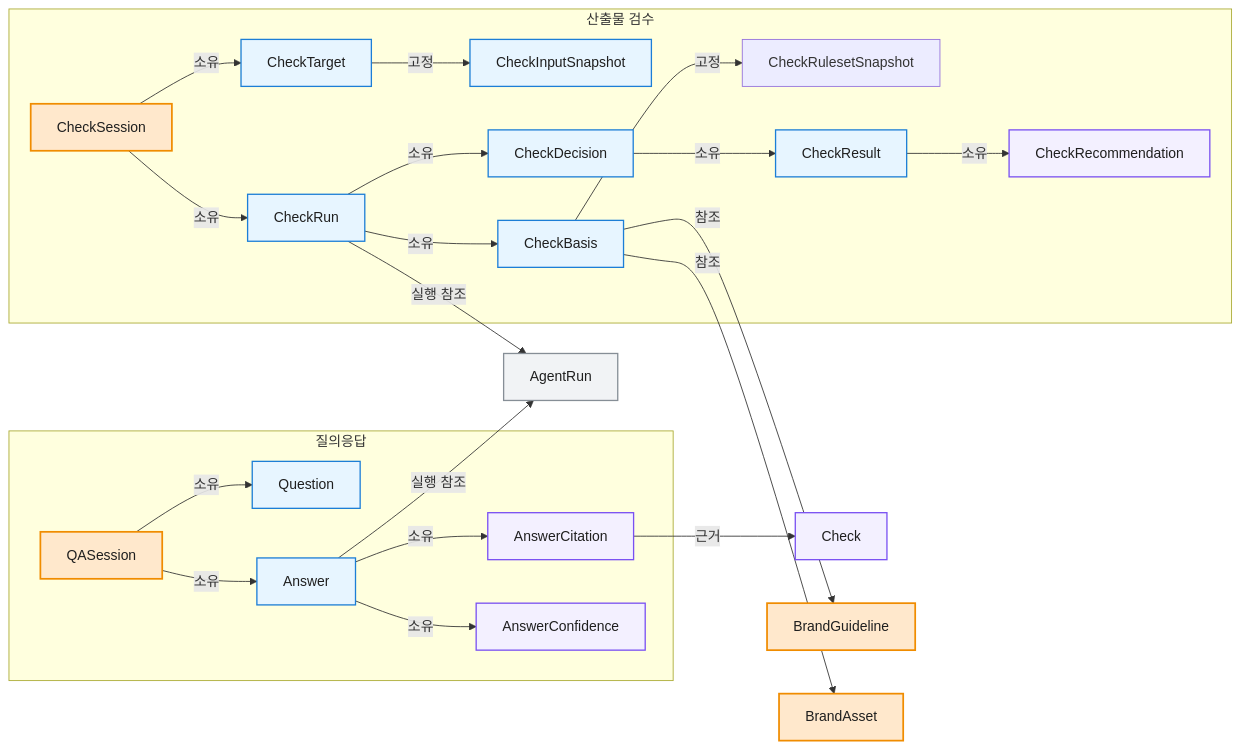
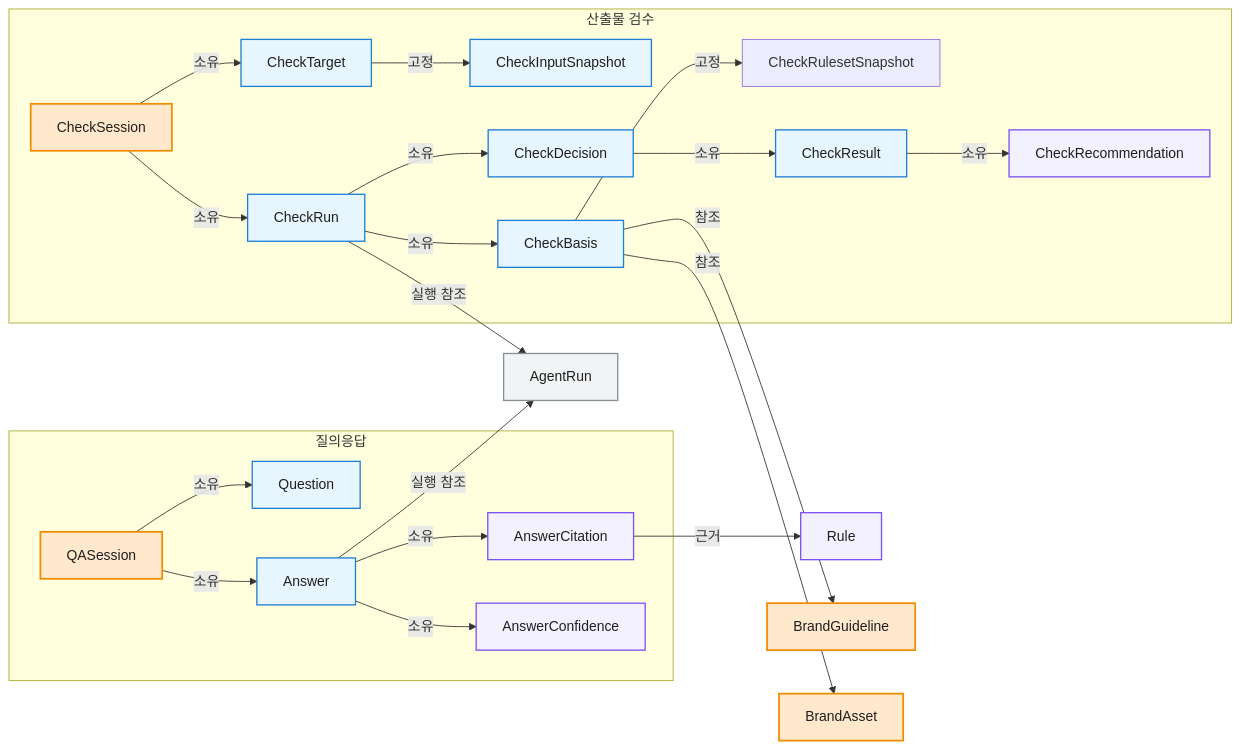
The fifth of 5 diagrams in docs/04-domain-model.md (ewoooo/living-brand-system), drawn with Mermaid before and after one commit. The commit also changed other lines of this file and 2 other files, not shown here.

First line of the commit message:
docs: Check 소유 모델을 Rule 참조 모델로 갱신

````diff
--- a/docs/04-domain-model.md
+++ b/docs/04-domain-model.md
@@ -409,57 +409,57 @@
 ```mermaid
 flowchart LR
-  GuidelineCheck["Check"]
+  GuidelineCheck["Rule"]
 
   subgraph QA["질의응답"]
     QASession["QASession"]
     Question["Question"]
     Answer["Answer"]
     AnswerCitation["AnswerCitation"]
     AnswerConfidence["AnswerConfidence"]
   end
 
   subgraph Check["산출물 검수"]
     CheckSession["CheckSession"]
     CheckTarget["CheckTarget"]
     CheckInputSnapshot["CheckInputSnapshot"]
     CheckRun["CheckRun"]
     CheckBasis["CheckBasis"]
     CheckRulesetSnapshot["CheckRulesetSnapshot"]
     CheckResult["CheckResult"]
     CheckRecommendation["CheckRecommendation"]
     CheckDecision["CheckDecision"]
   end
 
   AgentRun["AgentRun"]
   BrandGuideline["BrandGuideline"]
   BrandAsset["BrandAsset"]
 
   QASession -->|"소유"| Question
   QASession -->|"소유"| Answer
   Answer -->|"소유"| AnswerCitation
   Answer -->|"소유"| AnswerConfidence
   AnswerCitation -->|"근거"| GuidelineCheck
   Answer -->|"실행 참조"| AgentRun
 
   CheckSession -->|"소유"| CheckTarget
   CheckTarget -->|"고정"| CheckInputSnapshot
   CheckSession -->|"소유"| CheckRun
   CheckRun -->|"소유"| CheckBasis
   CheckBasis -->|"참조"| BrandGuideline
   CheckBasis -->|"고정"| CheckRulesetSnapshot
   CheckBasis -->|"참조"| BrandAsset
   CheckRun -->|"소유"| CheckDecision
   CheckDecision -->|"소유"| CheckResult
   CheckResult -->|"소유"| CheckRecommendation
   CheckRun -->|"실행 참조"| AgentRun
 
   classDef aggregate fill:#FFE8CC,stroke:#F08C00,stroke-width:2px,color:#1F1F1F;
   classDef entity fill:#E7F5FF,stroke:#1C7ED6,stroke-width:1.5px,color:#1F1F1F;
   classDef childEntity fill:#F3F0FF,stroke:#7950F2,stroke-width:1.5px,color:#1F1F1F;
   classDef record fill:#F1F3F5,stroke:#868E96,stroke-width:1.5px,color:#1F1F1F;
 
   class QASession,CheckSession,BrandGuideline,BrandAsset aggregate;
   class Question,Answer,CheckTarget,CheckInputSnapshot,CheckRun,CheckBasis,CheckDecision,CheckResult entity;
   class GuidelineCheck,AnswerCitation,AnswerConfidence,CheckRecommendation childEntity;
   class AgentRun record;
 ```
````
